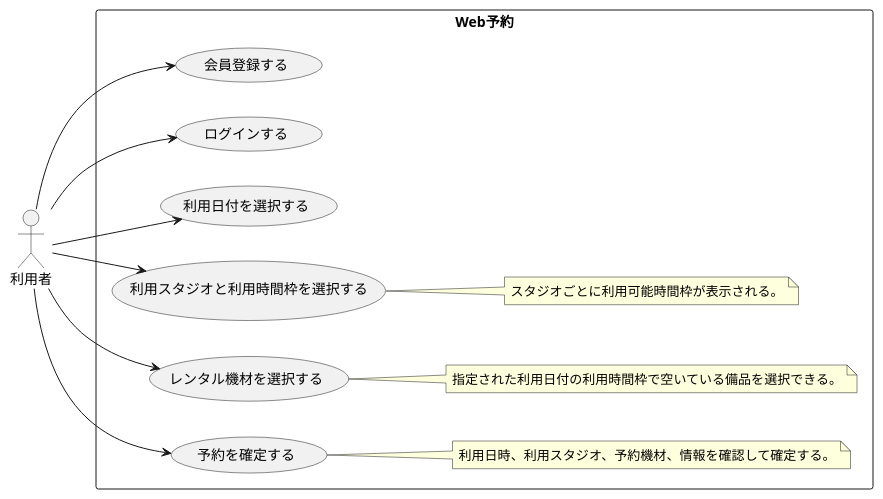
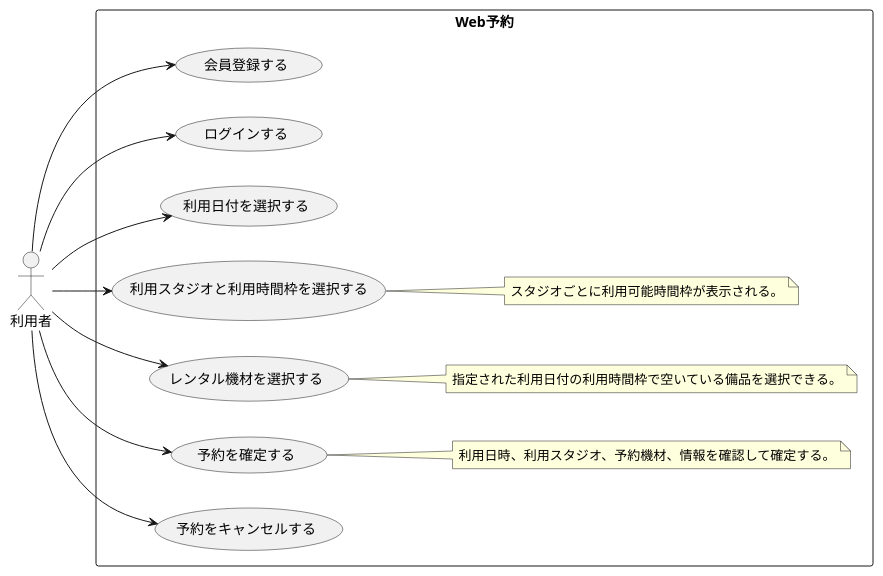
One commit to TakashiOnawa/ddd-practice-studio-reservation changed the diagram in modeling/05_Usecase_予約_V1.pu. Above: the diagram before and after it, drawn with PlantUML. The commit also changed 1 other file, not shown here.

```diff
--- a/modeling/05_Usecase_予約_V1.pu
+++ b/modeling/05_Usecase_予約_V1.pu
@@ -1,28 +1,29 @@
 @startuml Usecase
 
 left to right direction
 
 actor 利用者
 
 rectangle Web予約 {
     利用者 --> (会員登録する)
     利用者 --> (ログインする)
     利用者 --> (利用日付を選択する)
     利用者 --> (利用スタジオと利用時間枠を選択する)
     利用者 --> (レンタル機材を選択する)
     利用者 --> (予約を確定する)
+    利用者 --> (予約をキャンセルする)
 
     note right of (利用スタジオと利用時間枠を選択する)
     スタジオごとに利用可能時間枠が表示される。
     end note
 
     note right of (レンタル機材を選択する)
     指定された利用日付の利用時間枠で空いている備品を選択できる。
     end note
     
     note right of (予約を確定する)
     利用日時、利用スタジオ、予約機材、情報を確認して確定する。
     end note
 }
 
 @enduml
```
